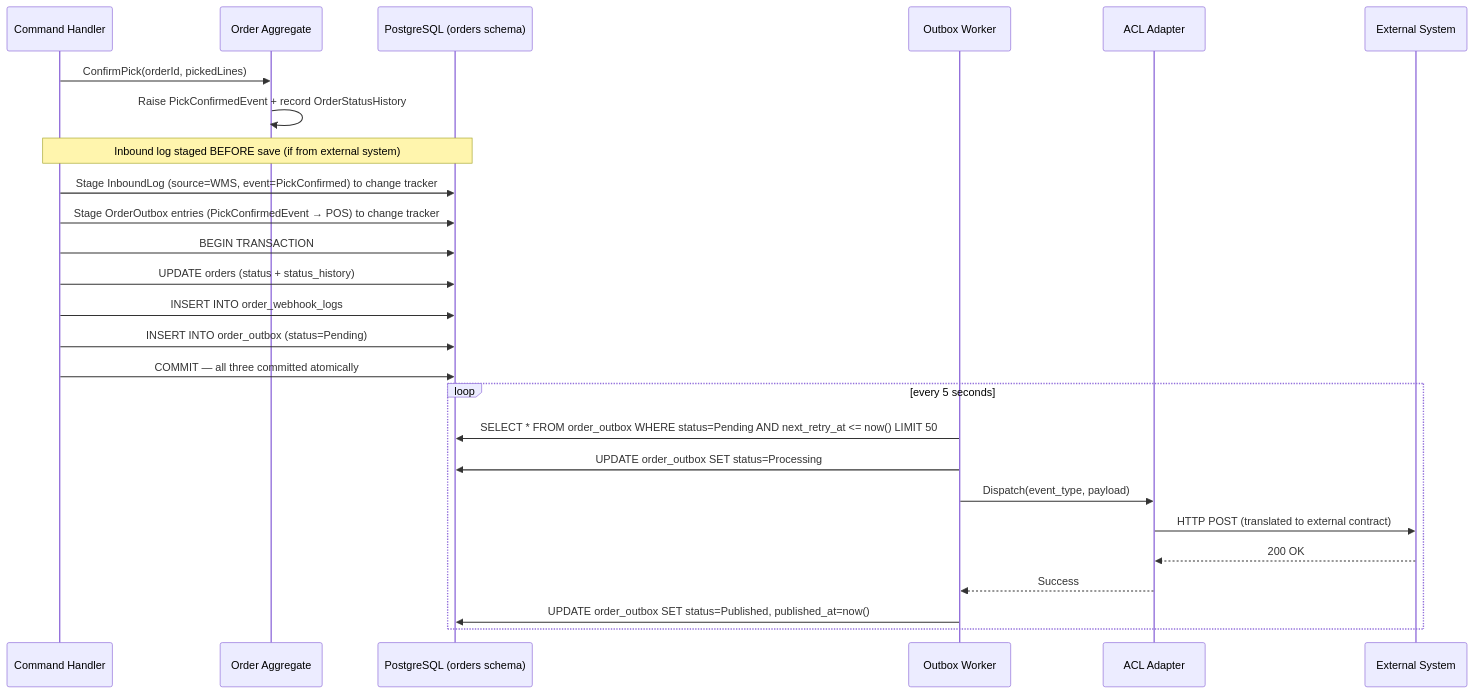
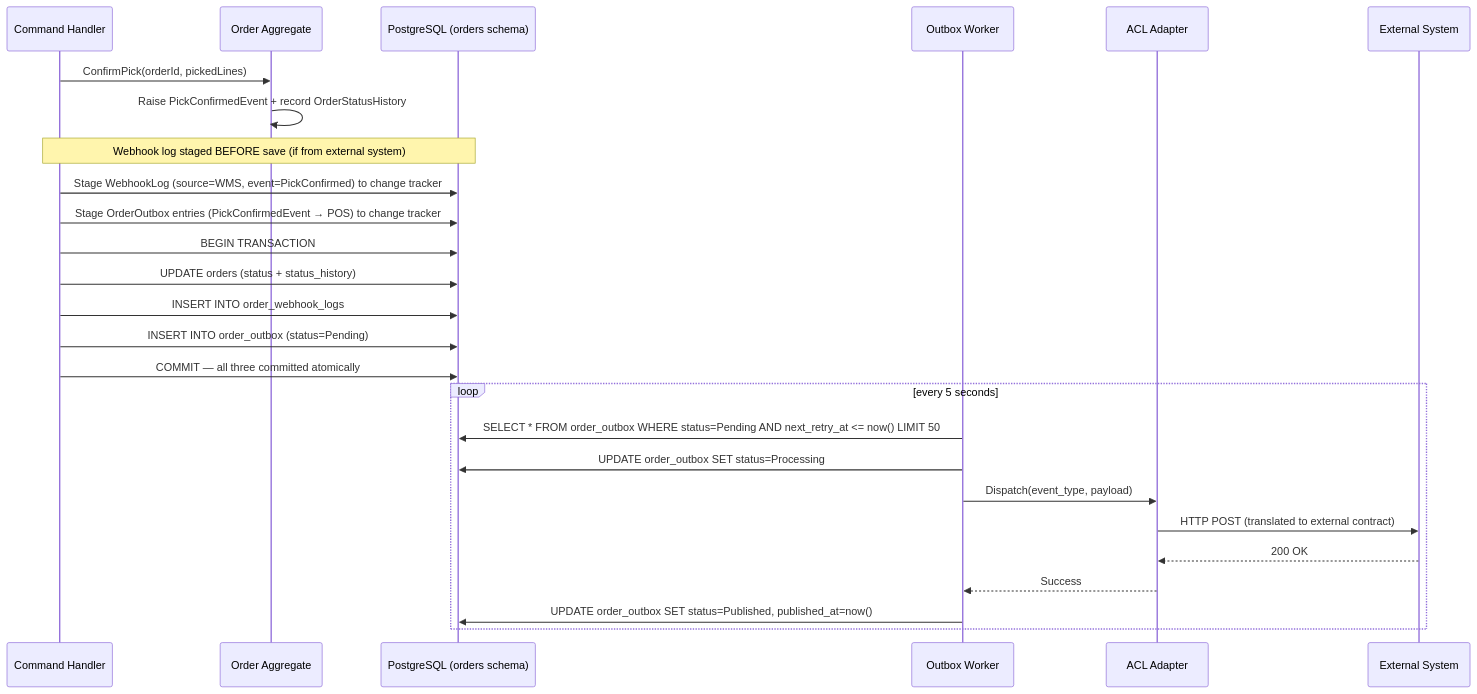
Before and after one commit to rosered11/personal-claude: the third of 3 diagrams in result/oms-architecture.md, drawn with Mermaid. The commit also changed other lines of this file and 7 other files, not shown here.

````diff
--- a/result/oms-architecture.md
+++ b/result/oms-architecture.md
@@ -192,30 +201,30 @@
 ```mermaid
 sequenceDiagram
     participant CMD as Command Handler
     participant AGG as Order Aggregate
     participant DB as PostgreSQL (orders schema)
     participant WORKER as Outbox Worker
     participant ACL as ACL Adapter
     participant EXT as External System
 
     CMD->>AGG: ConfirmPick(orderId, pickedLines)
     AGG->>AGG: Raise PickConfirmedEvent + record OrderStatusHistory
-    Note over CMD,DB: Inbound log staged BEFORE save (if from external system)
-    CMD->>DB: Stage InboundLog (source=WMS, event=PickConfirmed) to change tracker
+    Note over CMD,DB: Webhook log staged BEFORE save (if from external system)
+    CMD->>DB: Stage WebhookLog (source=WMS, event=PickConfirmed) to change tracker
     CMD->>DB: Stage OrderOutbox entries (PickConfirmedEvent → POS) to change tracker
     CMD->>DB: BEGIN TRANSACTION
     CMD->>DB: UPDATE orders (status + status_history)
     CMD->>DB: INSERT INTO order_webhook_logs
     CMD->>DB: INSERT INTO order_outbox (status=Pending)
     CMD->>DB: COMMIT — all three committed atomically
 
     loop every 5 seconds
         WORKER->>DB: SELECT * FROM order_outbox WHERE status=Pending AND next_retry_at <= now() LIMIT 50
         WORKER->>DB: UPDATE order_outbox SET status=Processing
         WORKER->>ACL: Dispatch(event_type, payload)
         ACL->>EXT: HTTP POST (translated to external contract)
         EXT-->>ACL: 200 OK
         ACL-->>WORKER: Success
         WORKER->>DB: UPDATE order_outbox SET status=Published, published_at=now()
     end
 ```
````
